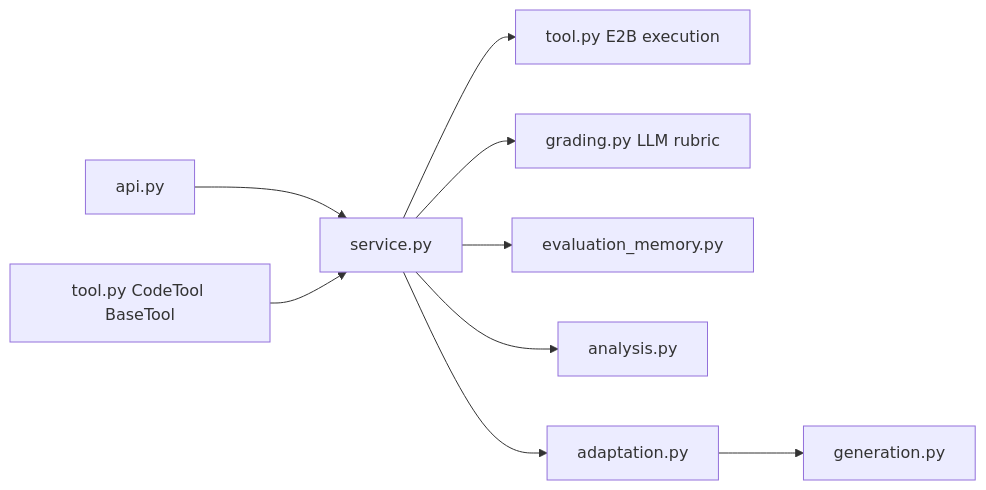
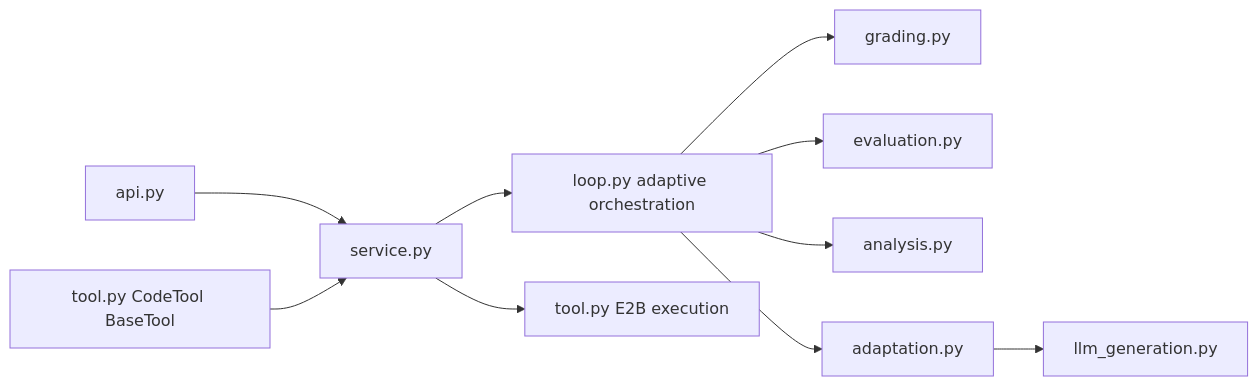
Before and after one commit to MoHatemTC/adaptive-assessment-internship-round-1: the diagram in backend/app/features/code/README.md, drawn with Mermaid. The commit also changed other lines of this file and 8 other files, not shown here.

````diff
--- a/backend/app/features/code/README.md
+++ b/backend/app/features/code/README.md
@@ -8,11 +8,12 @@
 ```mermaid
 flowchart LR
     API[api.py] --> Service[service.py]
+    Service --> Loop[loop.py adaptive orchestration]
+    Loop --> Grading[grading.py]
+    Loop --> Evaluation[evaluation.py]
+    Loop --> Analysis[analysis.py]
+    Loop --> Adaptation[adaptation.py]
     Service --> Sandbox[tool.py E2B execution]
-    Service --> Grading[grading.py LLM rubric]
-    Service --> Memory[evaluation_memory.py]
-    Service --> Analysis[analysis.py]
-    Service --> Adaptation[adaptation.py]
-    Adaptation --> Generator[generation.py]
+    Adaptation --> Generator[llm_generation.py]
     CodeTool[tool.py CodeTool BaseTool] --> Service
 ```
````
